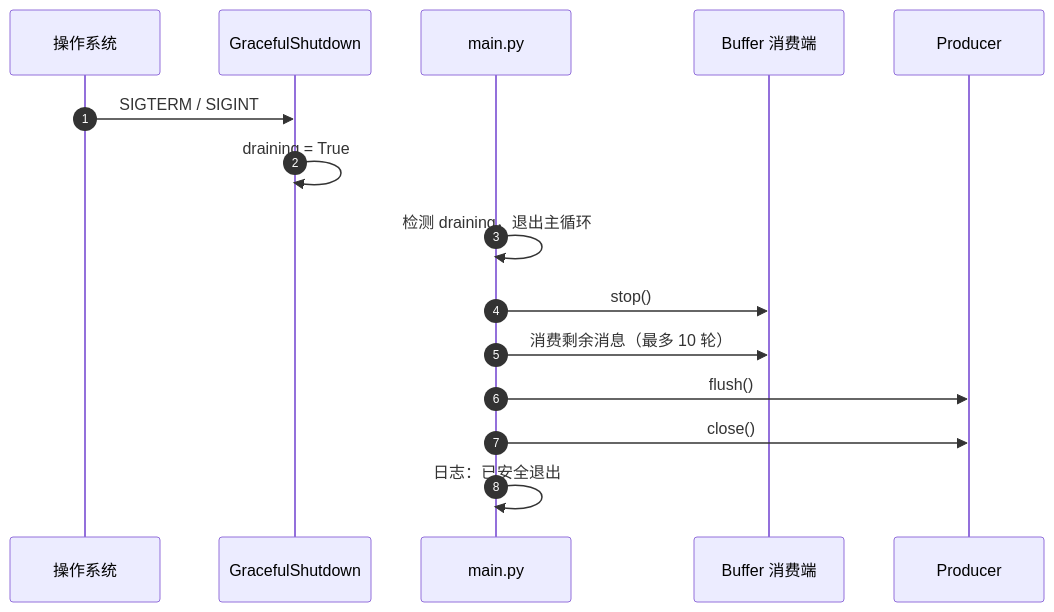
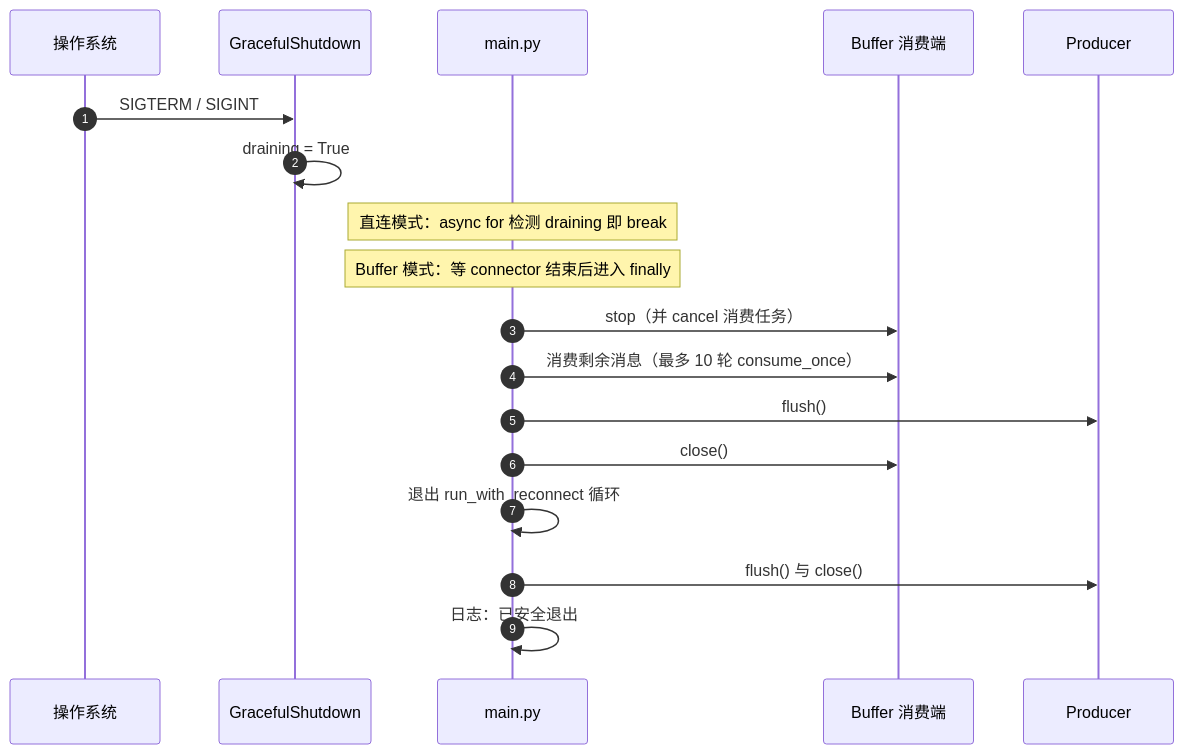
The sixth of 6 diagrams in docs/architecture.md (xiaodouya001/transcribe_service), drawn with Mermaid before and after one commit. The commit also changed other lines of this file, not shown here.

Commit message:
Enhance architecture documentation to clarify the consumer message processing flow and graceful shutdown procedures. Update sequence diagrams to reflect changes in message acknowledgment handling and the introduction of a draining state during shutdown.

````diff
--- a/docs/architecture.md
+++ b/docs/architecture.md
@@ -219,18 +222,21 @@
 ```mermaid
 sequenceDiagram
     autonumber
     participant OS as 操作系统
     participant Shutdown as GracefulShutdown
     participant Main as main.py
     participant Consumer as Buffer 消费端
     participant Prod as Producer
 
     OS->>Shutdown: SIGTERM / SIGINT
     Shutdown->>Shutdown: draining = True
-    Main->>Main: 检测 draining，退出主循环
-    Main->>Consumer: stop()
-    Main->>Consumer: 消费剩余消息（最多 10 轮）
+    Note over Main: 直连模式：async for 检测 draining 即 break
+    Note over Main: Buffer 模式：等 connector 结束后进入 finally
+    Main->>Consumer: stop（并 cancel 消费任务）
+    Main->>Consumer: 消费剩余消息（最多 10 轮 consume_once）
     Main->>Prod: flush()
-    Main->>Prod: close()
+    Main->>Consumer: close()
+    Main->>Main: 退出 run_with_reconnect 循环
+    Main->>Prod: flush() 与 close()
     Main->>Main: 日志：已安全退出
 ```
````
